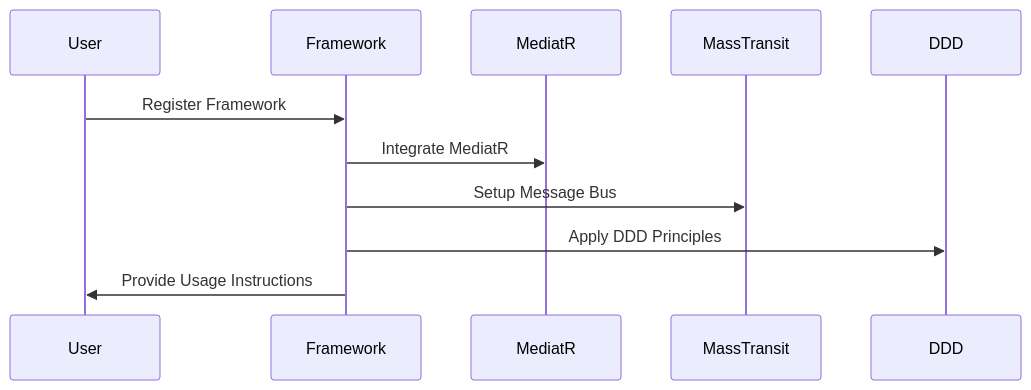
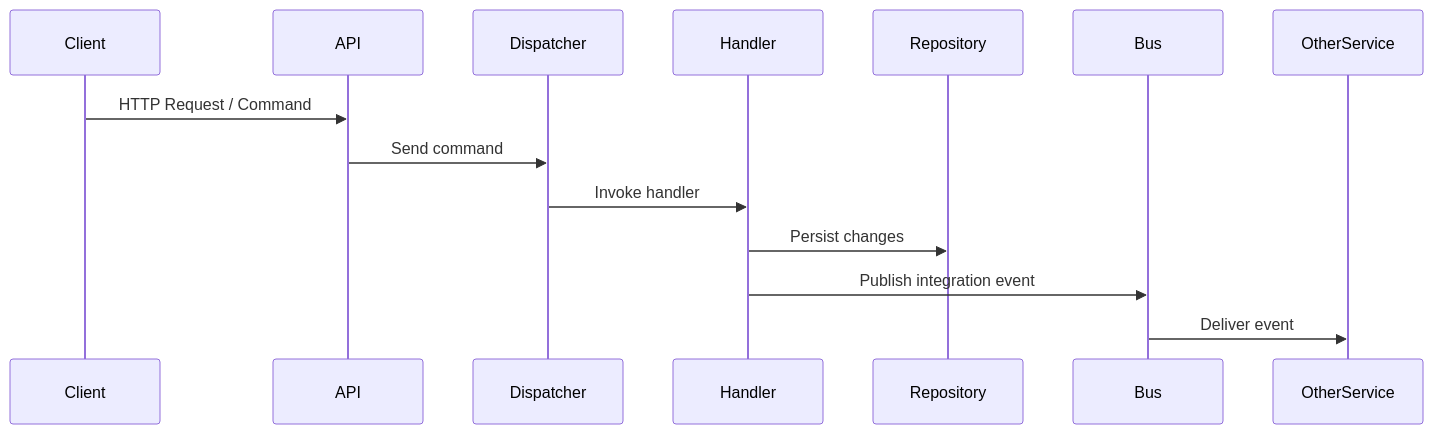
The diagram in README.md (vmetreveli/Framework), drawn with Mermaid before and after one commit. The commit also changed other lines of this file and 2 other files, not shown here.

````diff
--- a/README.md
+++ b/README.md
@@ -11,14 +165,16 @@
 ```mermaid
 sequenceDiagram
-    participant User
-    participant Framework
-    participant MediatR
-    participant MassTransit
-    participant DDD
+    participant Client
+    participant API
+    participant Dispatcher
+    participant Handler
+    participant Repository
+    participant Bus
 
-    User->>Framework: Register Framework
-    Framework->>MediatR: Integrate MediatR
-    Framework->>MassTransit: Setup Message Bus
-    Framework->>DDD: Apply DDD Principles
-    Framework->>User: Provide Usage Instructions
+    Client->>API: HTTP Request / Command
+    API->>Dispatcher: Send command
+    Dispatcher->>Handler: Invoke handler
+    Handler->>Repository: Persist changes
+    Handler->>Bus: Publish integration event
+    Bus->>OtherService: Deliver event
 ```
````
